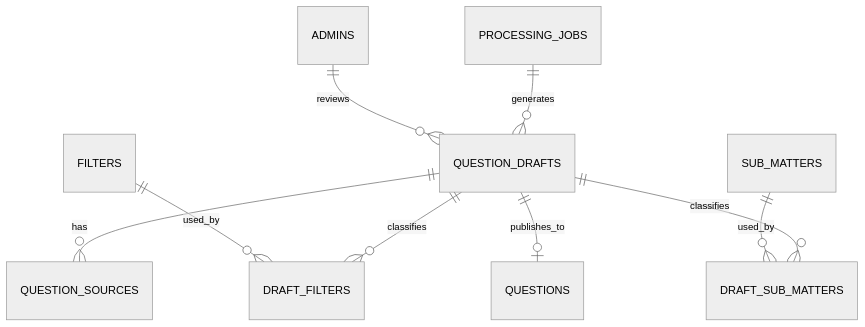
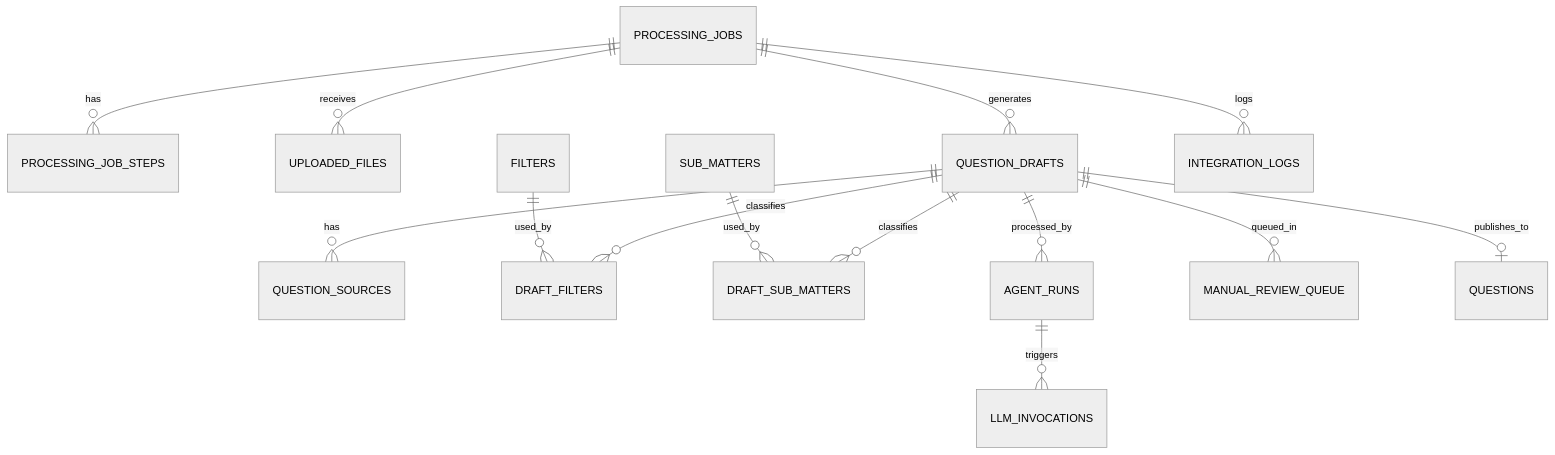
The fifth of 5 diagrams in README.md (matheusdiamantino-betalent/IA), drawn with Mermaid (neutral theme) before and after one commit. The commit also changed other lines of this file, not shown here.

````diff
--- a/README.md
+++ b/README.md
@@ -566,13 +563,19 @@
 ```mermaid
 erDiagram
+    PROCESSING_JOBS ||--o{ PROCESSING_JOB_STEPS : has
+    PROCESSING_JOBS ||--o{ UPLOADED_FILES : receives
     PROCESSING_JOBS ||--o{ QUESTION_DRAFTS : generates
-    ADMINS ||--o{ QUESTION_DRAFTS : reviews
     QUESTION_DRAFTS ||--o{ QUESTION_SOURCES : has
     QUESTION_DRAFTS ||--o{ DRAFT_FILTERS : classifies
     QUESTION_DRAFTS ||--o{ DRAFT_SUB_MATTERS : classifies
+    QUESTION_DRAFTS ||--o{ AGENT_RUNS : processed_by
+    QUESTION_DRAFTS ||--o{ MANUAL_REVIEW_QUEUE : queued_in
 
     FILTERS ||--o{ DRAFT_FILTERS : used_by
     SUB_MATTERS ||--o{ DRAFT_SUB_MATTERS : used_by
 
     QUESTION_DRAFTS ||--o| QUESTIONS : publishes_to
+
+    AGENT_RUNS ||--o{ LLM_INVOCATIONS : triggers
+    PROCESSING_JOBS ||--o{ INTEGRATION_LOGS : logs
 ```
````
